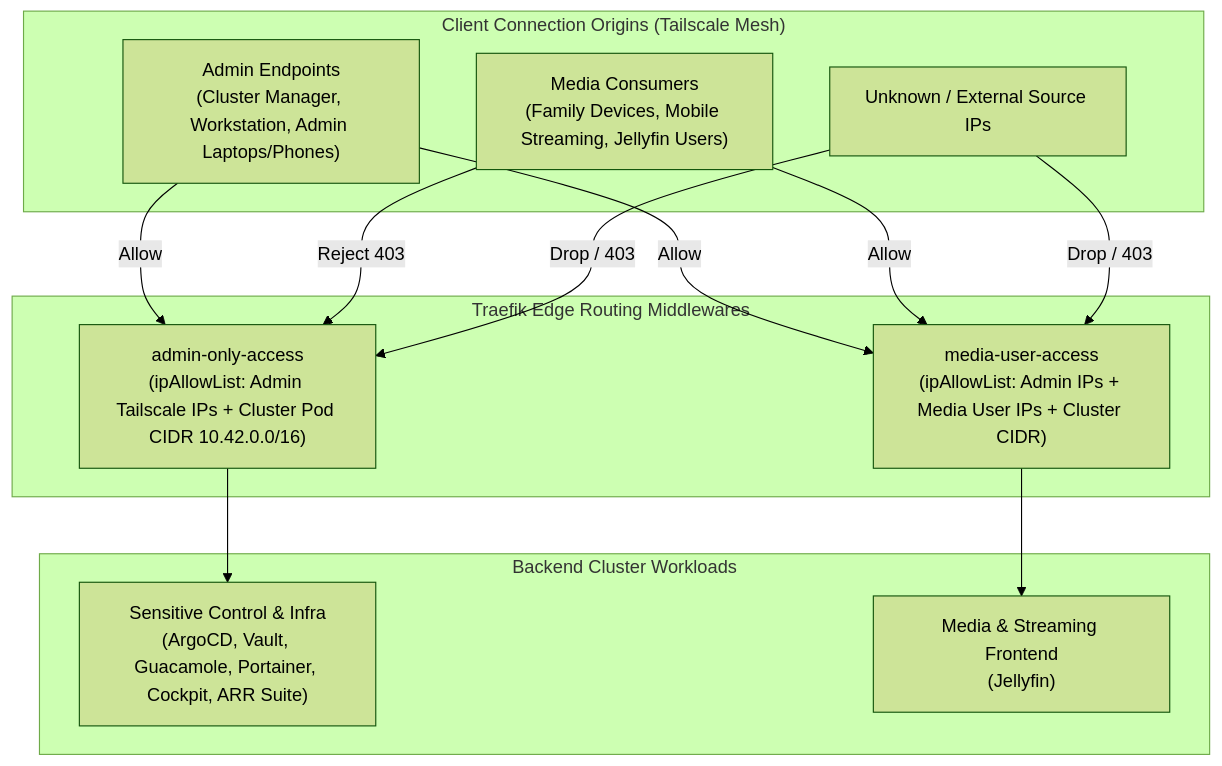
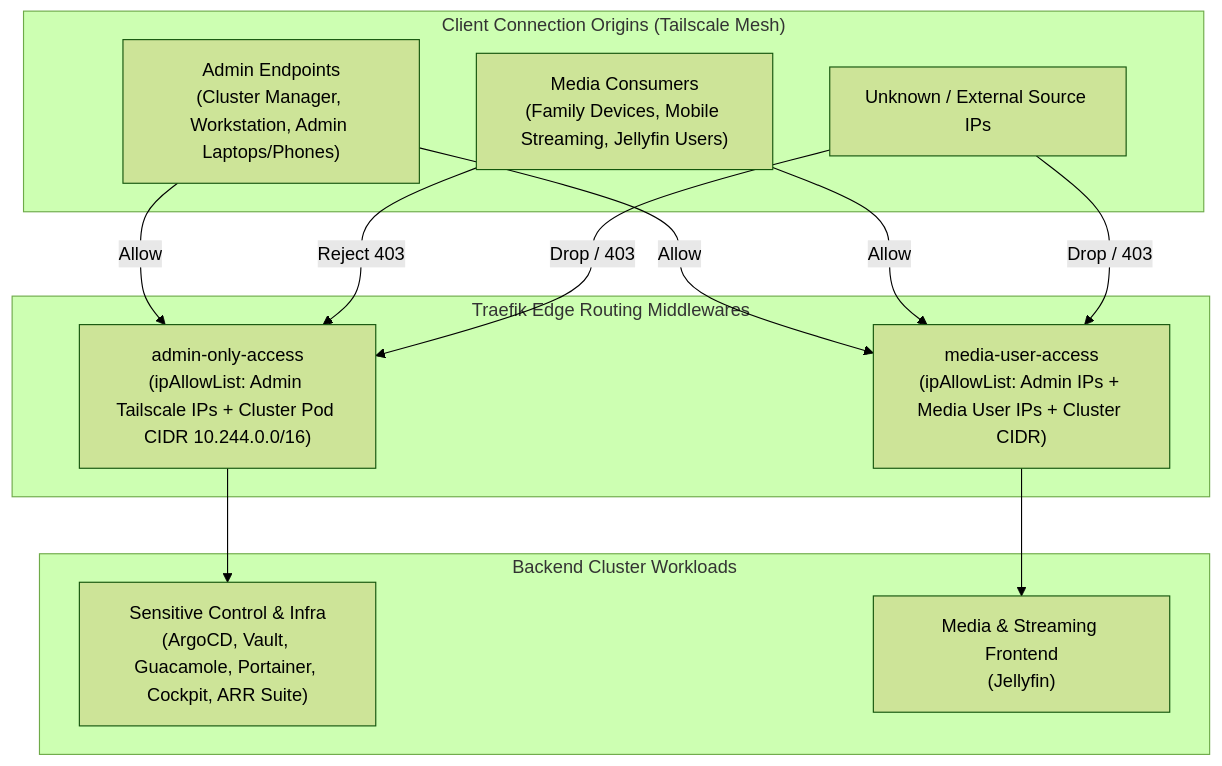
One commit to ChrisLambert03/homelab changed the second of 2 diagrams in docs/architecture/networking.md. Above: the diagram before and after it, drawn with Mermaid (forest theme). The commit also changed other lines of this file and 14 other files, not shown here.

Commit message:
docs: modernize architecture, scrub legacy K3s/Flannel/CIDRs, and standardize Elastic Stack

````diff
--- a/docs/architecture/networking.md
+++ b/docs/architecture/networking.md
@@ -63,29 +63,29 @@
 ```mermaid
 graph TD
     subgraph ClientTiers["Client Connection Origins (Tailscale Mesh)"]
         AdminClients["Admin Endpoints<br/>(Cluster Manager, Workstation, Admin Laptops/Phones)"]
         MediaClients["Media Consumers<br/>(Family Devices, Mobile Streaming, Jellyfin Users)"]
         Untrusted["Unknown / External Source IPs"]
     end
 
     subgraph TraefikMiddlewares["Traefik Edge Routing Middlewares"]
-        AdminACL["admin-only-access<br/>(ipAllowList: Admin Tailscale IPs + Cluster Pod CIDR 10.42.0.0/16)"]
+        AdminACL["admin-only-access<br/>(ipAllowList: Admin Tailscale IPs + Cluster Pod CIDR 10.244.0.0/16)"]
         MediaACL["media-user-access<br/>(ipAllowList: Admin IPs + Media User IPs + Cluster CIDR)"]
     end
 
     subgraph ProtectedWorkloads["Backend Cluster Workloads"]
         AdminPortal["Sensitive Control & Infra<br/>(ArgoCD, Vault, Guacamole, Portainer, Cockpit, ARR Suite)"]
         MediaPortal["Media & Streaming Frontend<br/>(Jellyfin)"]
     end
 
     AdminClients -->|"Allow"| AdminACL
     MediaClients -->|"Reject 403"| AdminACL
     Untrusted -->|"Drop / 403"| AdminACL
 
     AdminClients -->|"Allow"| MediaACL
     MediaClients -->|"Allow"| MediaACL
     Untrusted -->|"Drop / 403"| MediaACL
 
     AdminACL --> AdminPortal
     MediaACL --> MediaPortal
 ```
````
